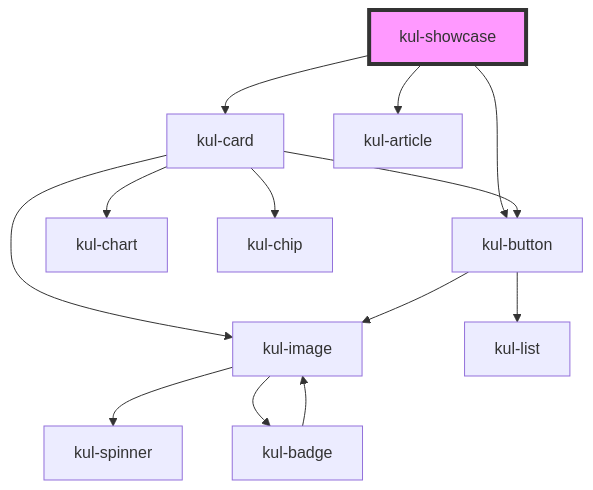
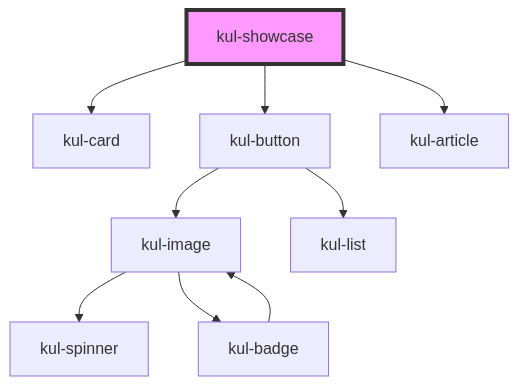
Before and after one commit to lucafoscili/ketchup-lite: the diagram in packages/ketchup-lite/src/components/kul-showcase/readme.md, drawn with Mermaid. The commit also changed other lines of this file and 40 other files, not shown here.

````diff
--- a/packages/ketchup-lite/src/components/kul-showcase/readme.md
+++ b/packages/ketchup-lite/src/components/kul-showcase/readme.md
@@ -70,16 +63,12 @@
 ```mermaid
 graph TD;
   kul-showcase --> kul-card
   kul-showcase --> kul-button
   kul-showcase --> kul-article
-  kul-card --> kul-button
-  kul-card --> kul-chart
-  kul-card --> kul-chip
-  kul-card --> kul-image
   kul-button --> kul-image
   kul-button --> kul-list
   kul-image --> kul-spinner
   kul-image --> kul-badge
   kul-badge --> kul-image
   style kul-showcase fill:#f9f,stroke:#333,stroke-width:4px
 ```
````
